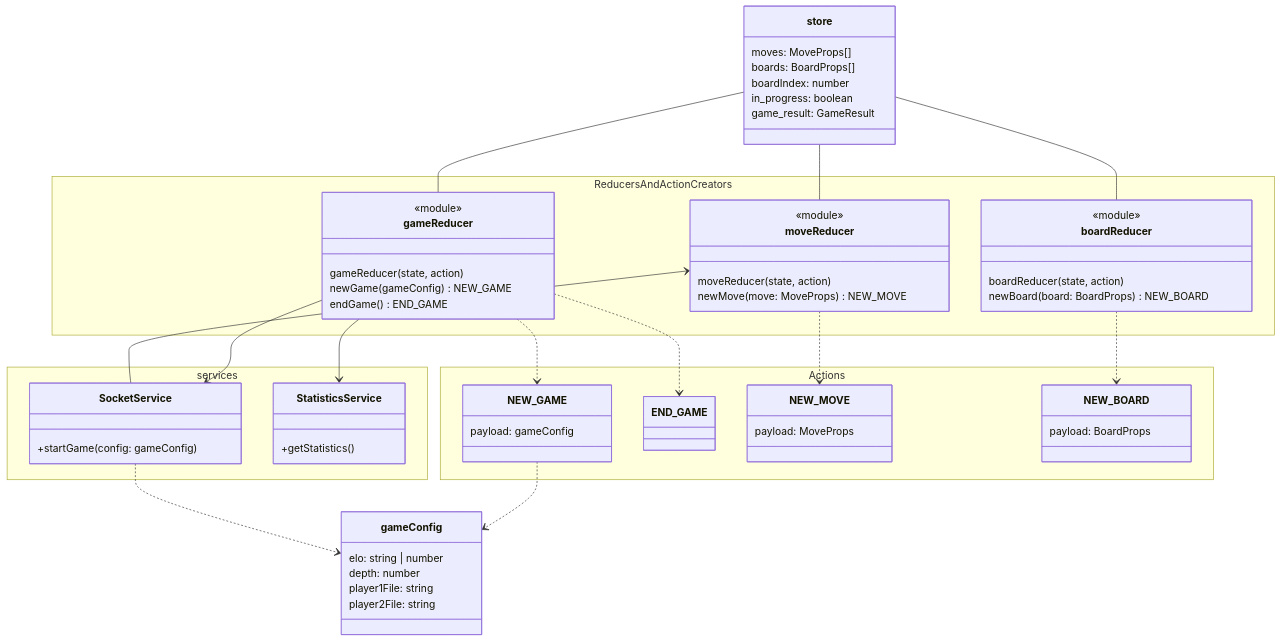
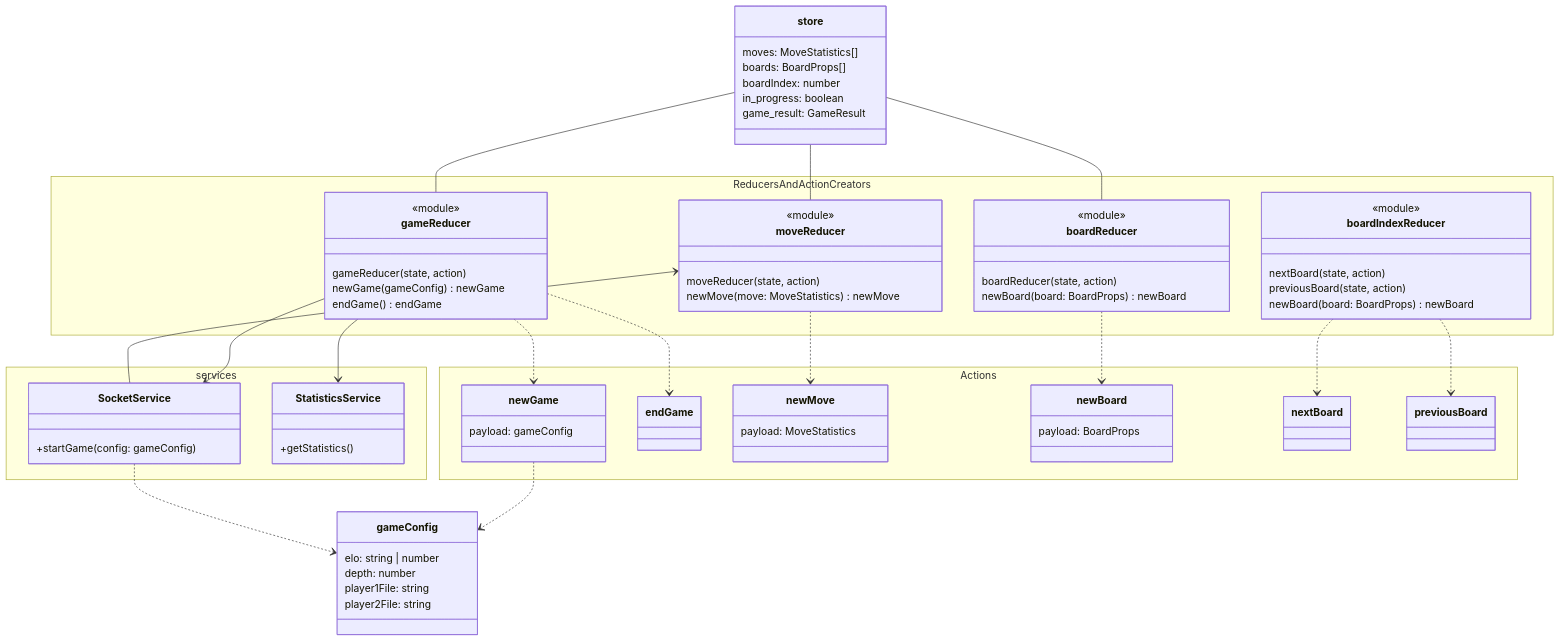
The fifth of 5 diagrams in docs/architecture.md (game-ai-platform-team/tira-ai-platform), drawn with Mermaid before and after one commit. The commit also changed other lines of this file, not shown here.

Commit message:
docs: Update frontend architecture

````diff
--- a/docs/architecture.md
+++ b/docs/architecture.md
@@ -231,15 +232,18 @@
 store -- gameReducer
 store -- boardReducer
 
-gameReducer ..> NEW_GAME
-gameReducer ..> END_GAME
-moveReducer ..> NEW_MOVE
-boardReducer ..> NEW_BOARD
-NEW_GAME ..> gameConfig
+gameReducer ..> newGame
+gameReducer ..> endGame
+moveReducer ..> newMove
+boardReducer ..> newBoard
+newGame ..> gameConfig
 
 gameReducer --> SocketService
 gameReducer --> StatisticsService
 moveReducer <-- SocketService
+
+boardIndexReducer ..> nextBoard
+boardIndexReducer ..> previousBoard
 
 SocketService ..> gameConfig
 
@@ -261,7 +265,7 @@
 }
 
 class store {
-    moves: MoveProps[]
+    moves: MoveStatistics[]
     boards: BoardProps[]
     boardIndex: number
     in_progress: boolean
@@ -273,37 +277,48 @@
     class moveReducer {
         <<module>>
         moveReducer(state, action)
-        newMove(move: MoveProps) NEW_MOVE
+        newMove(move: MoveStatistics) newMove
     }
 
     class gameReducer {
         <<module>>
         gameReducer(state, action)
-        newGame(gameConfig) NEW_GAME
-        endGame() END_GAME
+        newGame(gameConfig) newGame
+        endGame() endGame
     }
 
     class boardReducer {
         <<module>>
         boardReducer(state, action)
-        newBoard(board: BoardProps) NEW_BOARD
+        newBoard(board: BoardProps) newBoard
+    }
+
+    class boardIndexReducer {
+        <<module>>
+        nextBoard(state, action)
+        previousBoard(state, action)
+        newBoard(board: BoardProps) newBoard
     }
 }
 
 namespace Actions {
-    class NEW_MOVE {
-        payload: MoveProps
+    class newMove {
+        payload: MoveStatistics
     }
 
-    class NEW_BOARD {
+    class newBoard {
         payload: BoardProps
     }
 
-    class NEW_GAME {
+    class newGame {
         payload: gameConfig
     }
 
-    class END_GAME
+    class endGame
+
+    class nextBoard
+
+    class previousBoard
 }
 
 ```
````
